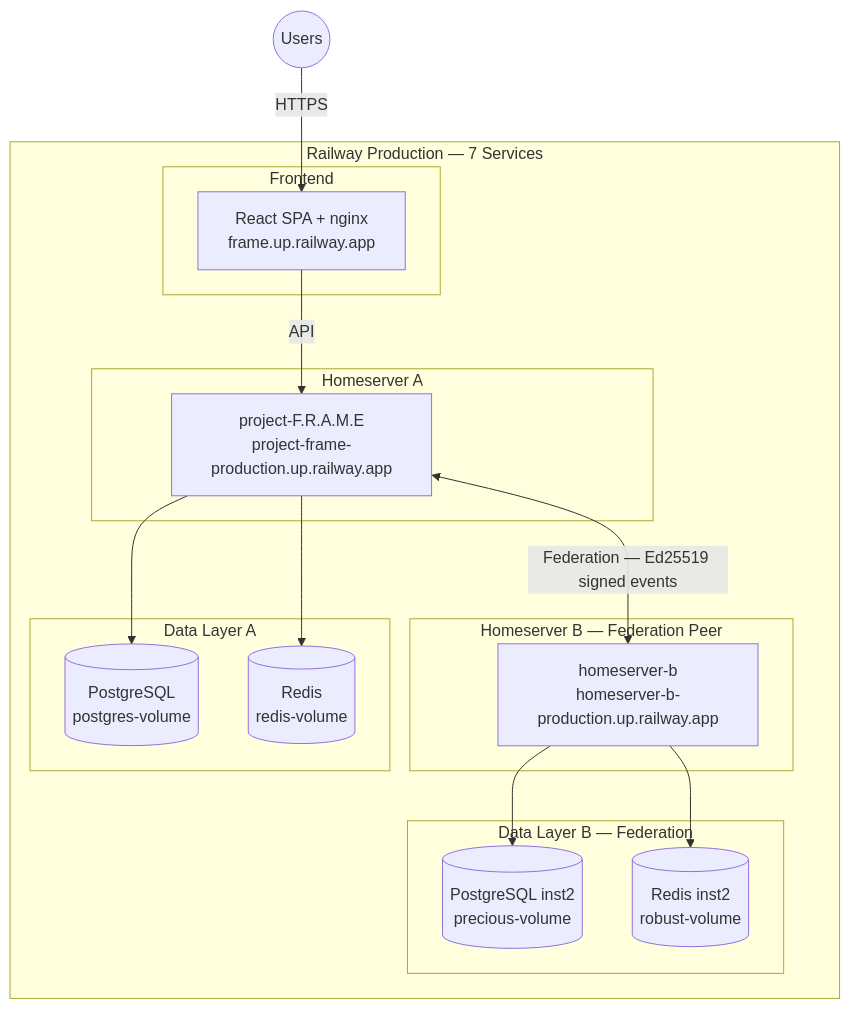
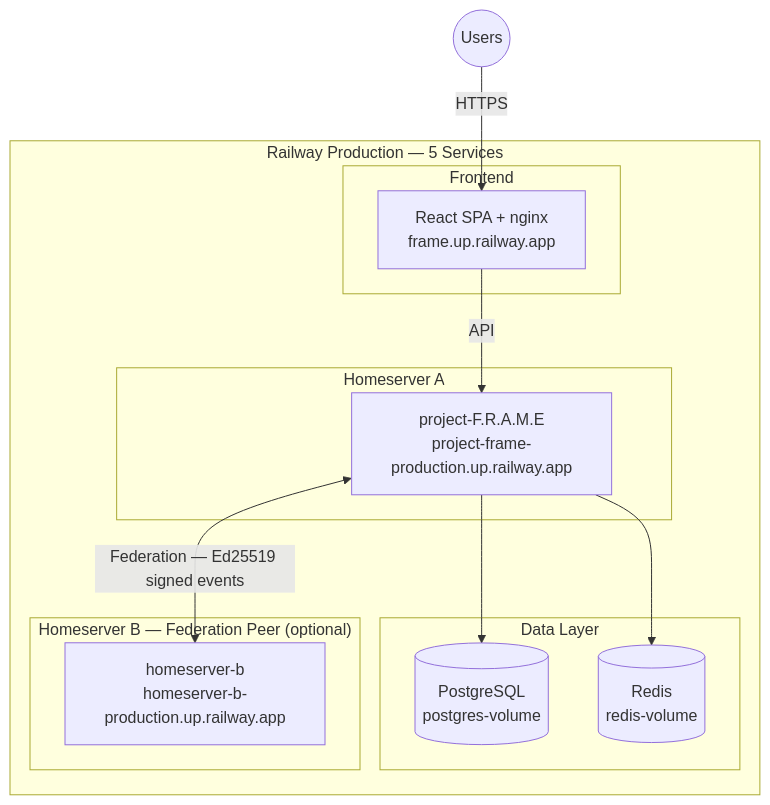
Before and after one commit to Dev-Ahmad-Abdallah/project-F.R.A.M.E: the fourth of 4 diagrams in README.md, drawn with Mermaid. The commit also changed other lines of this file and 5 other files, not shown here.

````diff
--- a/README.md
+++ b/README.md
@@ -175,30 +175,24 @@
 ```mermaid
 flowchart TB
-    subgraph Railway["Railway Production — 7 Services"]
+    subgraph Railway["Railway Production — 5 Services"]
         subgraph HS_A["Homeserver A"]
             HSA["project-F.R.A.M.E<br/>project-frame-production.up.railway.app"]
-        end
-        subgraph HS_B["Homeserver B — Federation Peer"]
-            HSB["homeserver-b<br/>homeserver-b-production.up.railway.app"]
         end
         subgraph FE["Frontend"]
             Frontend["React SPA + nginx<br/>frame.up.railway.app"]
         end
-        subgraph Data_A["Data Layer A"]
+        subgraph Data_A["Data Layer"]
             PG_A[("PostgreSQL<br/>postgres-volume")]
             Redis_A[("Redis<br/>redis-volume")]
         end
-        subgraph Data_B["Data Layer B — Federation"]
-            PG_B[("PostgreSQL inst2<br/>precious-volume")]
-            Redis_B[("Redis inst2<br/>robust-volume")]
+        subgraph HS_B["Homeserver B — Federation Peer (optional)"]
+            HSB["homeserver-b<br/>homeserver-b-production.up.railway.app"]
         end
     end
 
     Internet(("Users")) -->|HTTPS| Frontend
     Frontend -->|API| HSA
     HSA --> PG_A
     HSA --> Redis_A
-    HSB --> PG_B
-    HSB --> Redis_B
     HSA <-->|"Federation — Ed25519 signed events"| HSB
 ```
````
